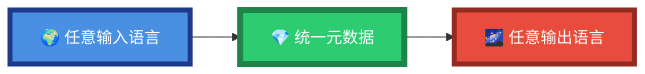
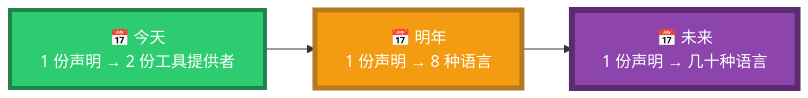
Diagram 34 of 46 in code_generate_mcp.md (PassByYou888/LingoFuse-pasAgent), drawn with Mermaid before and after one commit. The commit also changed other lines of this file, not shown here.

````diff
--- a/code_generate_mcp.md
+++ b/code_generate_mcp.md
@@ -621,9 +1118,9 @@
 ```mermaid
 flowchart LR
-    Any["🌍 任意输入语言"] --> Meta["💎 统一元数据"]
-    Meta --> Out["🌌 任意输出语言"]
+    Today["📅 今天<br/>1 份声明 → 2 份工具提供者"] --> Tomorrow["📅 明年<br/>1 份声明 → 8 种语言"]
+    Tomorrow --> Future["📅 未来<br/>1 份声明 → 几十种语言"]
 
-    style Any fill:#4A90E2,stroke:#1E3A8A,stroke-width:5px,color:#FFFFFF
-    style Meta fill:#2ECC71,stroke:#1E8449,stroke-width:6px,color:#FFFFFF
-    style Out fill:#E74C3C,stroke:#922B21,stroke-width:5px,color:#FFFFFF
+    style Today fill:#2ECC71,stroke:#1E8449,stroke-width:4px,color:#FFFFFF
+    style Tomorrow fill:#F39C12,stroke:#B7791F,stroke-width:5px,color:#FFFFFF
+    style Future fill:#8E44AD,stroke:#5B2C6F,stroke-width:6px,color:#FFFFFF
 ```
````
